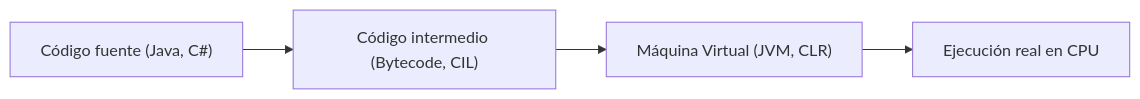
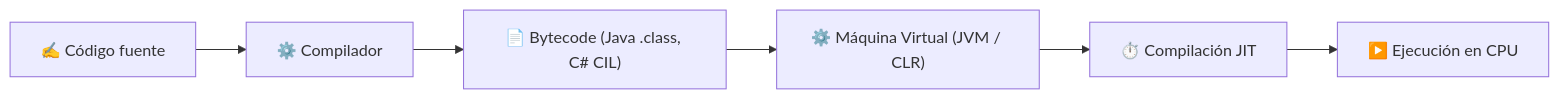
Before and after one commit to aitorventura/entornos-de-desarrollo: the third of 3 diagrams in docs/tema1/codigo.md, drawn with Mermaid. The commit also changed other lines of this file and 68 other files, not shown here.

````diff
--- a/docs/tema1/codigo.md
+++ b/docs/tema1/codigo.md
@@ -78,7 +43,8 @@
-```mermaid
-flowchart LR
-  Fuente["Código fuente (Java, C#)"]
-    --> Bytecode["Código intermedio (Bytecode, CIL)"]
-    --> VM["Máquina Virtual (JVM, CLR)"]
-    --> Binario["Ejecución real en CPU"]
-```
+    ```mermaid
+    flowchart LR
+    SRC["✍️ Código fuente"] --> COMP["⚙️ Compilador"]
+    COMP --> BYTE["📄 Bytecode (Java .class, C# CIL)"]
+    BYTE --> VM["⚙️ Máquina Virtual (JVM / CLR)"]
+    VM --> JIT["⏱️ Compilación JIT"]
+    JIT --> RUN["▶️ Ejecución en CPU"]
+    ```
````
